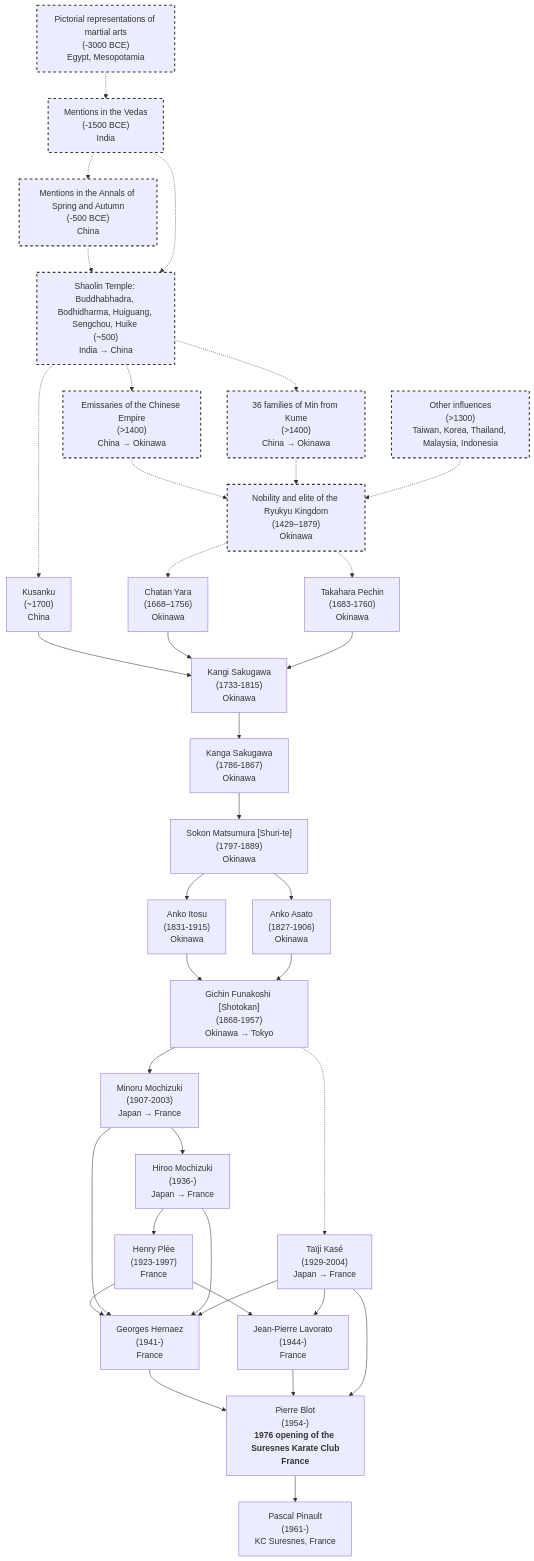
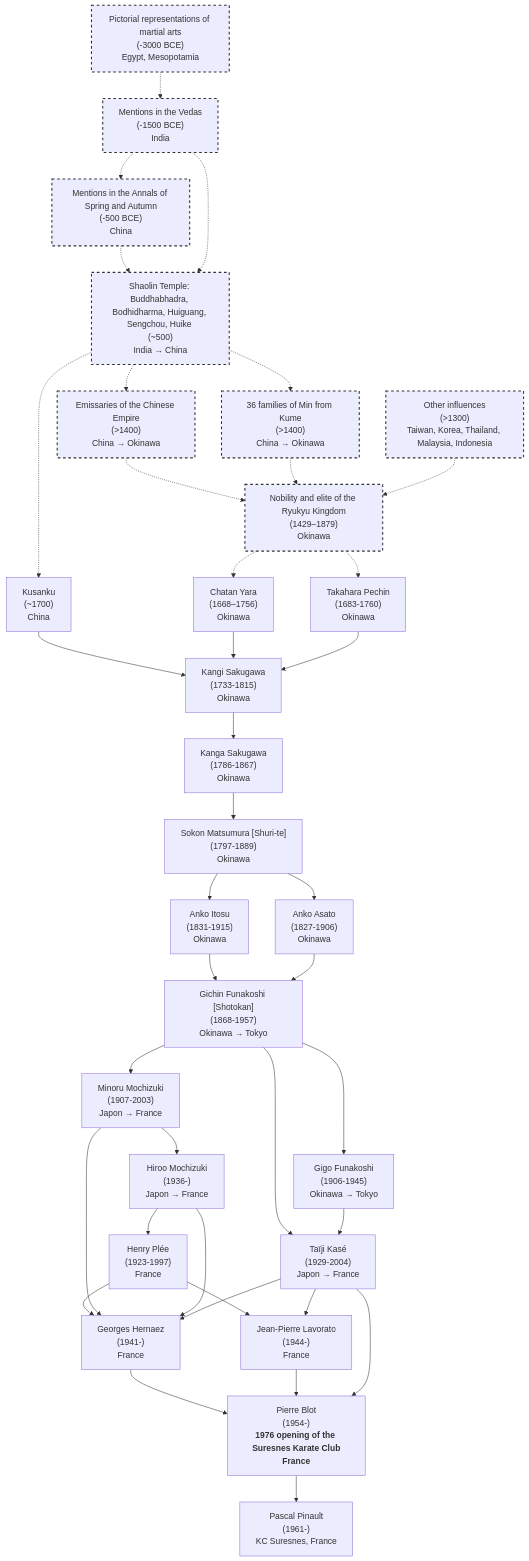
One commit to NicolasPA/kcsuresnes changed the diagram in pages/lineage.md. Above: the diagram before and after it, drawn with Mermaid.

Commit message:
Add Gigo Funakoshi to English lineage diagram

````diff
--- a/pages/lineage.md
+++ b/pages/lineage.md
@@ -3,49 +3,51 @@
 ```mermaid
 graph TD
     A01["Pictorial representations of martial arts<br/>(-3000 BCE)<br/>Egypt, Mesopotamia"]
     -.-> A02["Mentions in the Vedas<br/>(-1500 BCE)<br/>India"]
     -.-> A03["Mentions in the Annals of Spring and Autumn<br/>(-500 BCE)<br/>China"]
     -.-> A04["Shaolin Temple: Buddhabhadra, Bodhidharma, Huiguang, Sengchou, Huike <br/>(~500)<br/>India → China"]
     A02 -.-> A04
 
     -.-> A05["36 families of Min from Kume<br/>(>1400)<br/>China → Okinawa"]
     A04 -.-> A06["Emissaries of the Chinese Empire<br/>(>1400)<br/>China → Okinawa"]
     -.-> A07["Nobility and elite of the Ryukyu Kingdom<br/>(1429–1879)<br/>Okinawa"]
     A05 -.-> A07
     A08["Other influences<br/>(>1300)<br/>Taiwan, Korea, Thailand, Malaysia, Indonesia"]
     A08 -.-> A07
 
     A04 -.-> A1["Kusanku<br/>(~1700)<br/>China"]
     A2["Chatan Yara<br/>(1668–1756)<br/>Okinawa"]
     A07 -.-> A2
     A3["Takahara Pechin<br/>(1683-1760)<br/>Okinawa"]
     A07 -.-> A3
     B1["Kangi Sakugawa<br/>(1733-1815)<br/>Okinawa"]
     A1 --> B1
     A2 --> B1
     A3 --> B1
     --> B2["Kanga Sakugawa<br/>(1786-1867)<br/>Okinawa"]
     --> C["Sokon Matsumura [Shuri-te]<br/>(1797-1889)<br/>Okinawa"]
     --> D["Anko Itosu<br/>(1831-1915)<br/>Okinawa"]
     C --> E["Anko Asato<br/>(1827-1906)<br/>Okinawa"]
     D --> F["Gichin Funakoshi [Shotokan]<br/>(1868-1957)<br/>Okinawa → Tokyo"]
+    --> F2["Gigo Funakoshi<br/>(1906-1945)<br/>Okinawa → Tokyo"]
     E --> F
-    --> G["Minoru Mochizuki<br/>(1907-2003)<br/>Japan → France"]
-    --> H["Hiroo Mochizuki<br/>(1936-)<br/>Japan → France"]
+    --> G["Minoru Mochizuki<br/>(1907-2003)<br/>Japon → France"]
+    --> H["Hiroo Mochizuki<br/>(1936-)<br/>Japon → France"]
     --> I["Henry Plée<br/>(1923-1997)<br/>France"]
-    J["Taïji Kasé<br/>(1929-2004)<br/>Japan → France"]
-    F -.-> J
+    J["Taïji Kasé<br/>(1929-2004)<br/>Japon → France"]
+    F --> J
+    F2 --> J
     I --> K["Jean-Pierre Lavorato<br/>(1944-)<br/>France"]
     J --> K
     I --> L["Georges Hernaez<br/>(1941-)<br/>France"]
     G --> L
     H --> L
     J --> L
     L --> M["Pierre Blot<br/>(1954-)<br/><b>1976 opening of the Suresnes Karate Club<b/><br/>France"]
     K --> M
     J --> M
     M --> N["Pascal Pinault<br/>(1961-)<br/>KC Suresnes, France"]
     
     classDef dottedStyle stroke:#333,stroke-dasharray: 5 5,stroke-width:2px
     class A01,A02,A03,A04,A05,A06,A07,A08 dottedStyle
 ```
````
